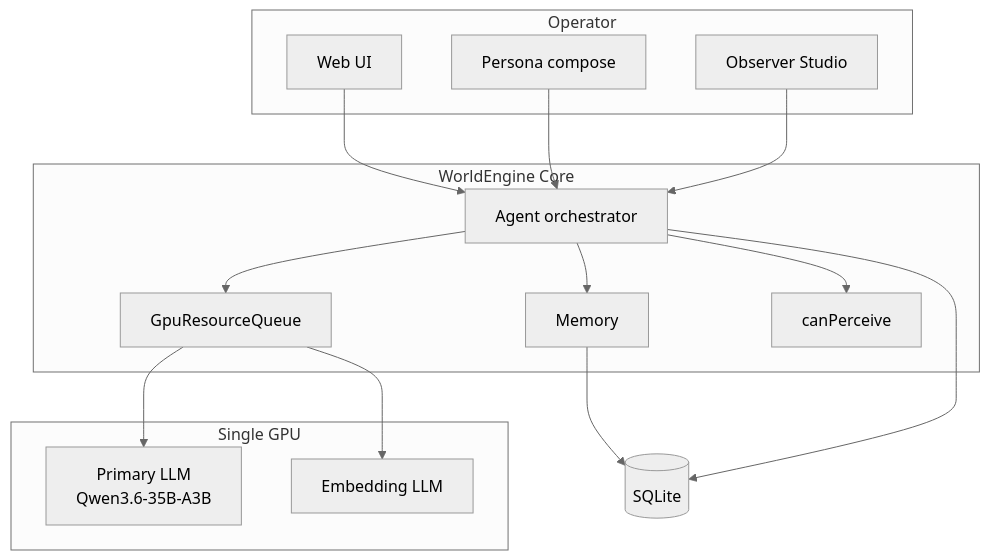
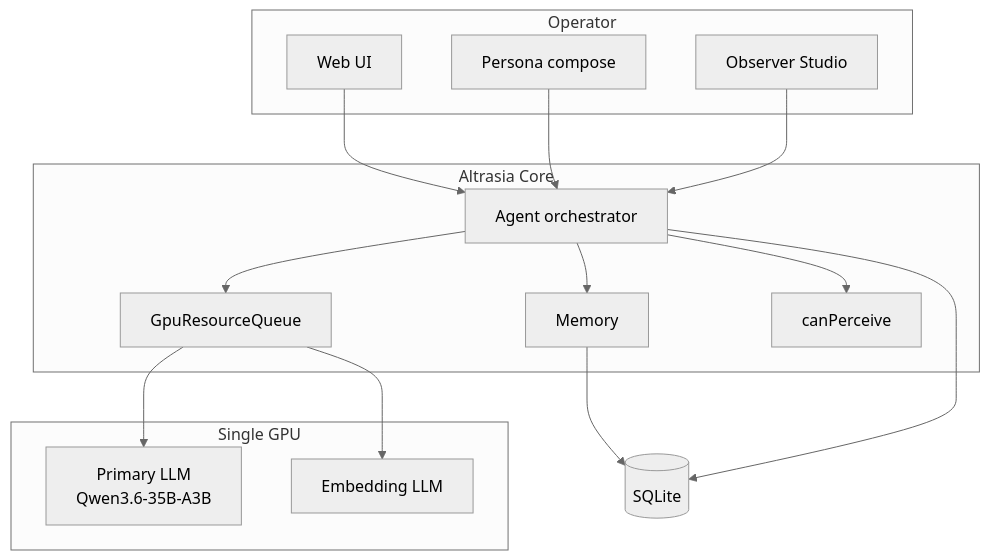
Before and after one commit to claywar/Altrasia: the diagram in docs/README.md, drawn with Mermaid (neutral theme). The commit also changed other lines of this file and 36 other files, not shown here.

First line of the commit message:
chore: Rebrand WorldEngine to Altrasia across specs and assets

````diff
--- a/docs/README.md
+++ b/docs/README.md
@@ -63,33 +63,33 @@
 ```mermaid
 flowchart TB
   subgraph client [Operator]
     WebUI[Web UI]
     Persona[Persona compose]
     Studio[Observer Studio]
   end
 
-  subgraph core [WorldEngine Core]
+  subgraph core [Altrasia Core]
     AO[Agent orchestrator]
     IQ[GpuResourceQueue]
     Mem[Memory]
     Perc[canPerceive]
   end
 
   subgraph gpu [Single GPU]
     Primary["Primary LLM\nQwen3.6-35B-A3B"]
     Embed[Embedding LLM]
   end
 
   DB[(SQLite)]
 
   WebUI --> AO
   Persona --> AO
   Studio --> AO
   AO --> IQ
   AO --> Mem
   AO --> Perc
   IQ --> Primary
   IQ --> Embed
   Mem --> DB
   AO --> DB
 ```
````
